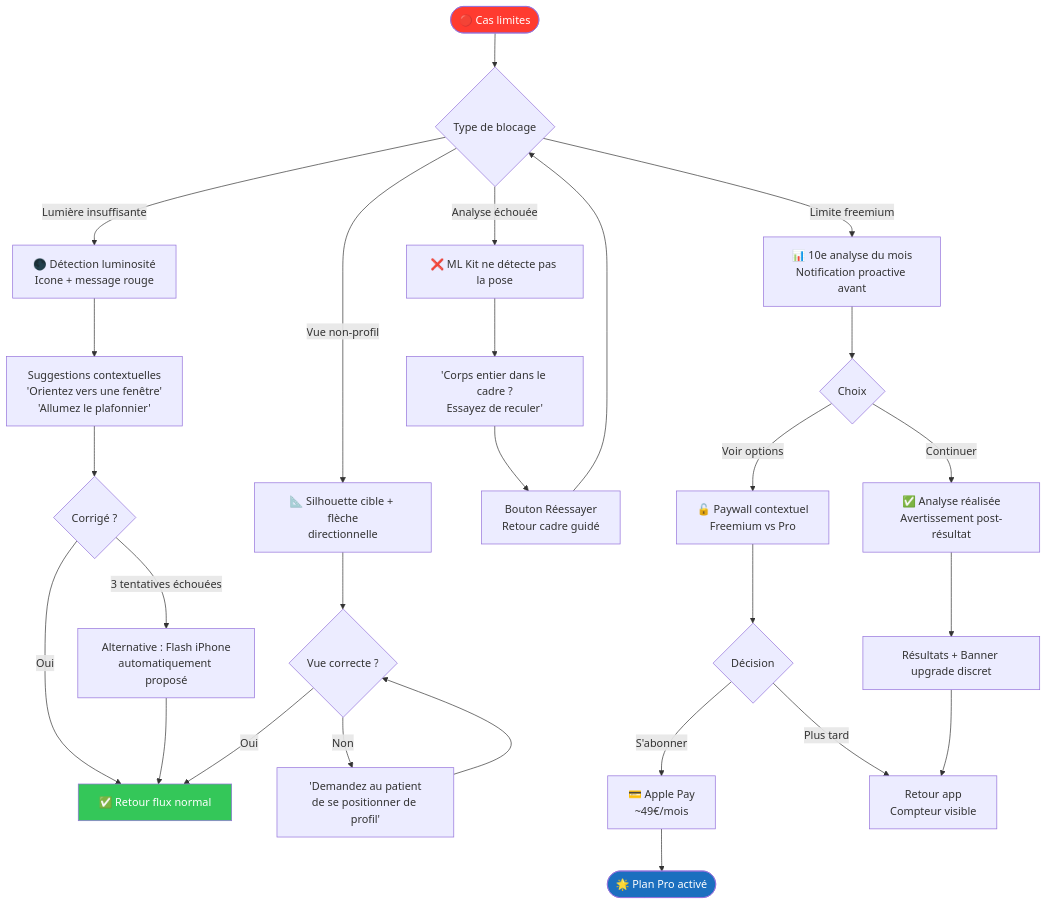
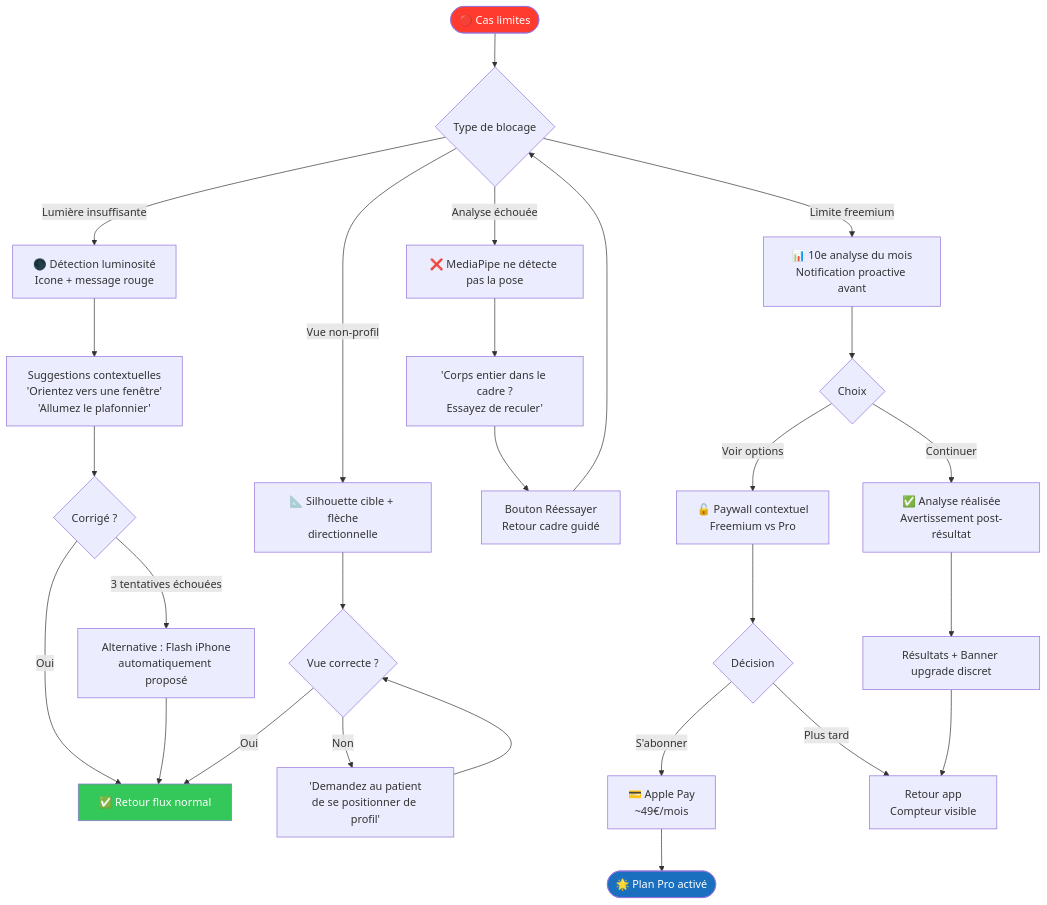
One commit to kamegg13/BodyOrthox changed the second of 4 diagrams in docs/planning-artifacts/ux-design-specification.md. Above: the diagram before and after it, drawn with Mermaid. The commit also changed other lines of this file and 6 other files, not shown here.

````diff
--- a/docs/planning-artifacts/ux-design-specification.md
+++ b/docs/planning-artifacts/ux-design-specification.md
@@ -606,37 +606,37 @@
 ```mermaid
 flowchart TD
     A([🔴 Cas limites]) --> B{Type de blocage}
 
     B -->|Lumière insuffisante| C[🌑 Détection luminosité\nIcone + message rouge]
     C --> D[Suggestions contextuelles\n'Orientez vers une fenêtre'\n'Allumez le plafonnier']
     D --> E{Corrigé ?}
     E -->|3 tentatives échouées| F[Alternative : Flash iPhone\nautomatiquement proposé]
     E -->|Oui| G[✅ Retour flux normal]
     F --> G
 
     B -->|Vue non-profil| H[📐 Silhouette cible + flèche\ndirectionnelle]
     H --> I{Vue correcte ?}
     I -->|Non| J['Demandez au patient\nde se positionner de profil']
     J --> I
     I -->|Oui| G
 
-    B -->|Analyse échouée| K[❌ ML Kit ne détecte pas la pose]
+    B -->|Analyse échouée| K[❌ MediaPipe ne détecte pas la pose]
     K --> L['Corps entier dans le cadre ?\nEssayez de reculer']
     L --> M[Bouton Réessayer\nRetour cadre guidé]
     M --> B
 
     B -->|Limite freemium| N[📊 10e analyse du mois\nNotification proactive avant]
     N --> O{Choix}
     O -->|Continuer| P[✅ Analyse réalisée\nAvertissement post-résultat]
     O -->|Voir options| Q[🔓 Paywall contextuel\nFreemium vs Pro]
     P --> R[Résultats + Banner upgrade discret]
     Q --> S{Décision}
     S -->|S'abonner| T[💳 Apple Pay\n~49€/mois]
     S -->|Plus tard| U[Retour app\nCompteur visible]
     T --> V([🌟 Plan Pro activé])
     R --> U
 
     style A fill:#FF3B30,color:#fff
     style G fill:#34C759,color:#fff
     style V fill:#1B6FBF,color:#fff
 ```
````
